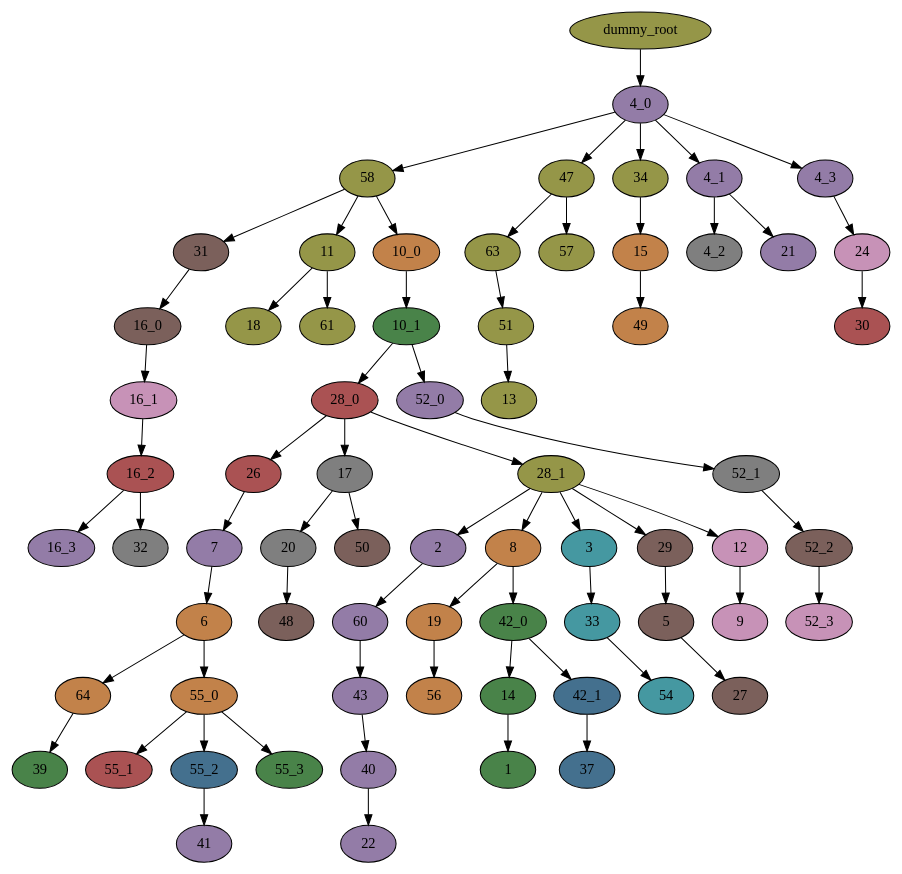
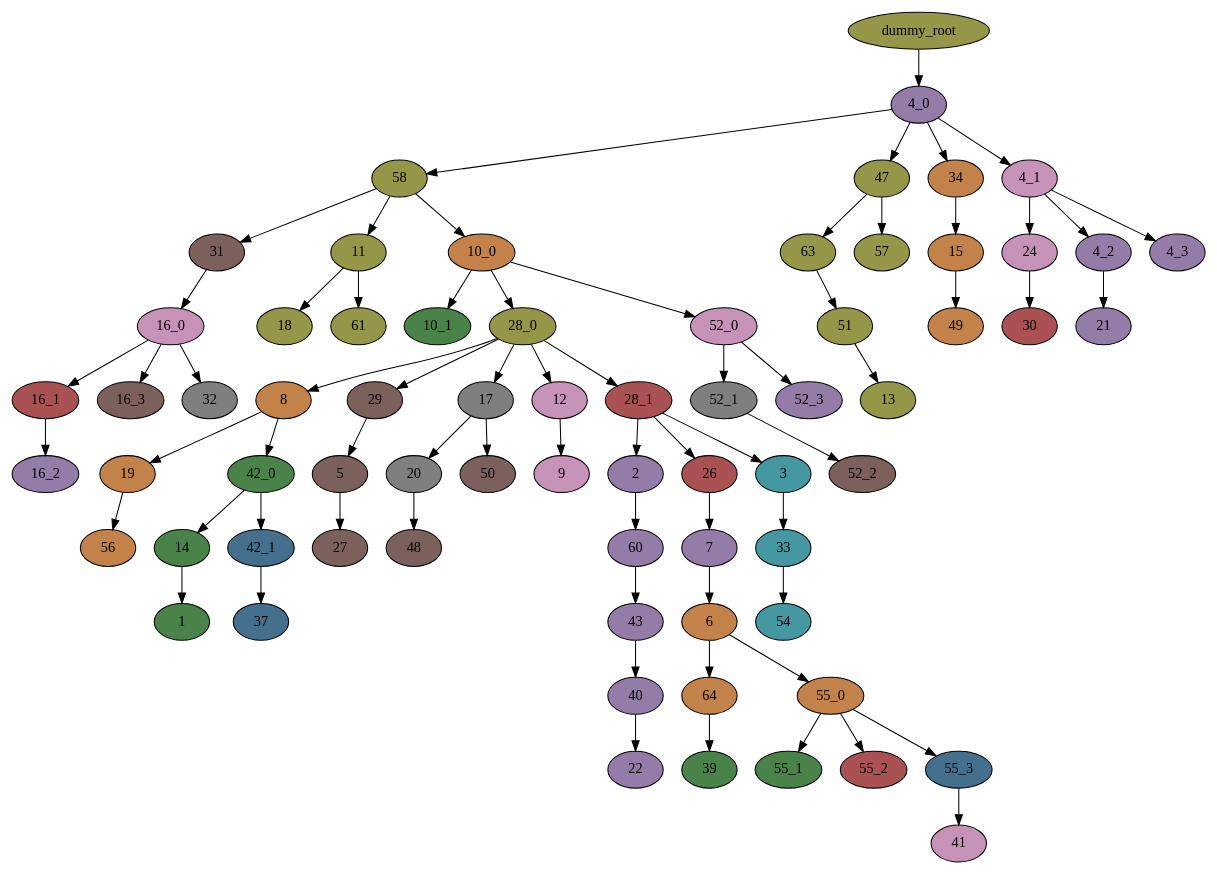
One commit to noahcape/pmh-rp changed the diagram in trees/CRUKP3358/tlp/tlp_output_colored_tree.dot. Above: the diagram before and after it, drawn with Graphviz. The commit also changed 255 other files, not shown here.

```diff
--- a/trees/CRUKP3358/tlp/tlp_output_colored_tree.dot
+++ b/trees/CRUKP3358/tlp/tlp_output_colored_tree.dot
@@ -1,139 +1,139 @@
 digraph T {
 	"58" [fillcolor="#959648", style=filled];
 	"31" [fillcolor="#7b605b", style=filled];
 	"11" [fillcolor="#959648", style=filled];
 	"10_0" [fillcolor="#c2824a", style=filled];
 	"2" [fillcolor="#937ca7", style=filled];
 	"60" [fillcolor="#937ca7", style=filled];
 	"26" [fillcolor="#aa5253", style=filled];
 	"7" [fillcolor="#937ca7", style=filled];
 	"43" [fillcolor="#937ca7", style=filled];
 	"8" [fillcolor="#c2824a", style=filled];
 	"19" [fillcolor="#c2824a", style=filled];
 	"42_0" [fillcolor="#498349", style=filled];
 	"47" [fillcolor="#959648", style=filled];
 	"63" [fillcolor="#959648", style=filled];
 	"57" [fillcolor="#959648", style=filled];
 	"6" [fillcolor="#c2824a", style=filled];
 	"40" [fillcolor="#937ca7", style=filled];
 	"3" [fillcolor="#4598a1", style=filled];
 	"33" [fillcolor="#4598a1", style=filled];
 	"51" [fillcolor="#959648", style=filled];
 	"29" [fillcolor="#7b605b", style=filled];
 	"5" [fillcolor="#7b605b", style=filled];
-	"16_0" [fillcolor="#7b605b", style=filled];
+	"16_0" [fillcolor="#c792b7", style=filled];
 	"64" [fillcolor="#c2824a", style=filled];
 	"55_0" [fillcolor="#c2824a", style=filled];
 	"17" [fillcolor="#7f7f7f", style=filled];
 	"20" [fillcolor="#7f7f7f", style=filled];
 	"50" [fillcolor="#7b605b", style=filled];
-	"34" [fillcolor="#959648", style=filled];
+	"34" [fillcolor="#c2824a", style=filled];
 	"15" [fillcolor="#c2824a", style=filled];
 	"22" [fillcolor="#937ca7", style=filled];
 	"54" [fillcolor="#4598a1", style=filled];
 	"14" [fillcolor="#498349", style=filled];
 	"1" [fillcolor="#498349", style=filled];
 	"12" [fillcolor="#c792b7", style=filled];
 	"9" [fillcolor="#c792b7", style=filled];
 	"13" [fillcolor="#959648", style=filled];
 	"18" [fillcolor="#959648", style=filled];
 	"61" [fillcolor="#959648", style=filled];
 	"27" [fillcolor="#7b605b", style=filled];
 	"24" [fillcolor="#c792b7", style=filled];
 	"30" [fillcolor="#aa5253", style=filled];
 	"39" [fillcolor="#498349", style=filled];
 	"48" [fillcolor="#7b605b", style=filled];
 	"49" [fillcolor="#c2824a", style=filled];
 	"56" [fillcolor="#c2824a", style=filled];
 	"4_0" [fillcolor="#937ca7", style=filled];
-	"4_1" [fillcolor="#937ca7", style=filled];
+	"4_1" [fillcolor="#c792b7", style=filled];
+	"4_2" [fillcolor="#937ca7", style=filled];
 	"4_3" [fillcolor="#937ca7", style=filled];
-	"4_2" [fillcolor="#7f7f7f", style=filled];
 	"21" [fillcolor="#937ca7", style=filled];
 	"10_1" [fillcolor="#498349", style=filled];
-	"28_0" [fillcolor="#aa5253", style=filled];
-	"52_0" [fillcolor="#937ca7", style=filled];
-	"28_1" [fillcolor="#959648", style=filled];
+	"28_0" [fillcolor="#959648", style=filled];
+	"52_0" [fillcolor="#c792b7", style=filled];
+	"28_1" [fillcolor="#aa5253", style=filled];
 	"42_1" [fillcolor="#44708e", style=filled];
 	"37" [fillcolor="#44708e", style=filled];
-	"16_1" [fillcolor="#c792b7", style=filled];
-	"16_2" [fillcolor="#aa5253", style=filled];
-	"16_3" [fillcolor="#937ca7", style=filled];
+	"16_1" [fillcolor="#aa5253", style=filled];
+	"16_3" [fillcolor="#7b605b", style=filled];
 	"32" [fillcolor="#7f7f7f", style=filled];
-	"55_1" [fillcolor="#aa5253", style=filled];
-	"55_2" [fillcolor="#44708e", style=filled];
-	"55_3" [fillcolor="#498349", style=filled];
-	"41" [fillcolor="#937ca7", style=filled];
+	"16_2" [fillcolor="#937ca7", style=filled];
+	"55_1" [fillcolor="#498349", style=filled];
+	"55_2" [fillcolor="#aa5253", style=filled];
+	"55_3" [fillcolor="#44708e", style=filled];
+	"41" [fillcolor="#c792b7", style=filled];
 	"52_1" [fillcolor="#7f7f7f", style=filled];
+	"52_3" [fillcolor="#937ca7", style=filled];
 	"52_2" [fillcolor="#7b605b", style=filled];
-	"52_3" [fillcolor="#c792b7", style=filled];
 	"dummy_root" [fillcolor="#959648", style=filled];
 	"58" -> "31";
 	"58" -> "11";
 	"58" -> "10_0";
 	"31" -> "16_0";
 	"11" -> "18";
 	"11" -> "61";
 	"10_0" -> "10_1";
+	"10_0" -> "28_0";
+	"10_0" -> "52_0";
 	"2" -> "60";
 	"60" -> "43";
 	"26" -> "7";
 	"7" -> "6";
 	"43" -> "40";
 	"8" -> "19";
 	"8" -> "42_0";
 	"19" -> "56";
 	"42_0" -> "42_1";
 	"42_0" -> "14";
 	"47" -> "63";
 	"47" -> "57";
 	"63" -> "51";
 	"6" -> "64";
 	"6" -> "55_0";
 	"40" -> "22";
 	"3" -> "33";
 	"33" -> "54";
 	"51" -> "13";
 	"29" -> "5";
 	"5" -> "27";
 	"16_0" -> "16_1";
+	"16_0" -> "16_3";
+	"16_0" -> "32";
 	"64" -> "39";
 	"55_0" -> "55_1";
 	"55_0" -> "55_2";
 	"55_0" -> "55_3";
 	"17" -> "20";
 	"17" -> "50";
 	"20" -> "48";
 	"34" -> "15";
 	"15" -> "49";
 	"14" -> "1";
 	"12" -> "9";
 	"24" -> "30";
 	"4_0" -> "4_1";
-	"4_0" -> "4_3";
 	"4_0" -> "58";
 	"4_0" -> "47";
 	"4_0" -> "34";
 	"4_1" -> "4_2";
-	"4_1" -> "21";
-	"4_3" -> "24";
-	"10_1" -> "28_0";
-	"10_1" -> "52_0";
+	"4_1" -> "4_3";
+	"4_1" -> "24";
+	"4_2" -> "21";
 	"28_0" -> "28_1";
-	"28_0" -> "26";
+	"28_0" -> "8";
+	"28_0" -> "29";
 	"28_0" -> "17";
+	"28_0" -> "12";
 	"52_0" -> "52_1";
+	"52_0" -> "52_3";
 	"28_1" -> "2";
-	"28_1" -> "8";
+	"28_1" -> "26";
 	"28_1" -> "3";
-	"28_1" -> "29";
-	"28_1" -> "12";
 	"42_1" -> "37";
 	"16_1" -> "16_2";
-	"16_2" -> "16_3";
-	"16_2" -> "32";
-	"55_2" -> "41";
+	"55_3" -> "41";
 	"52_1" -> "52_2";
-	"52_2" -> "52_3";
 	"dummy_root" -> "4_0";
 }
```
